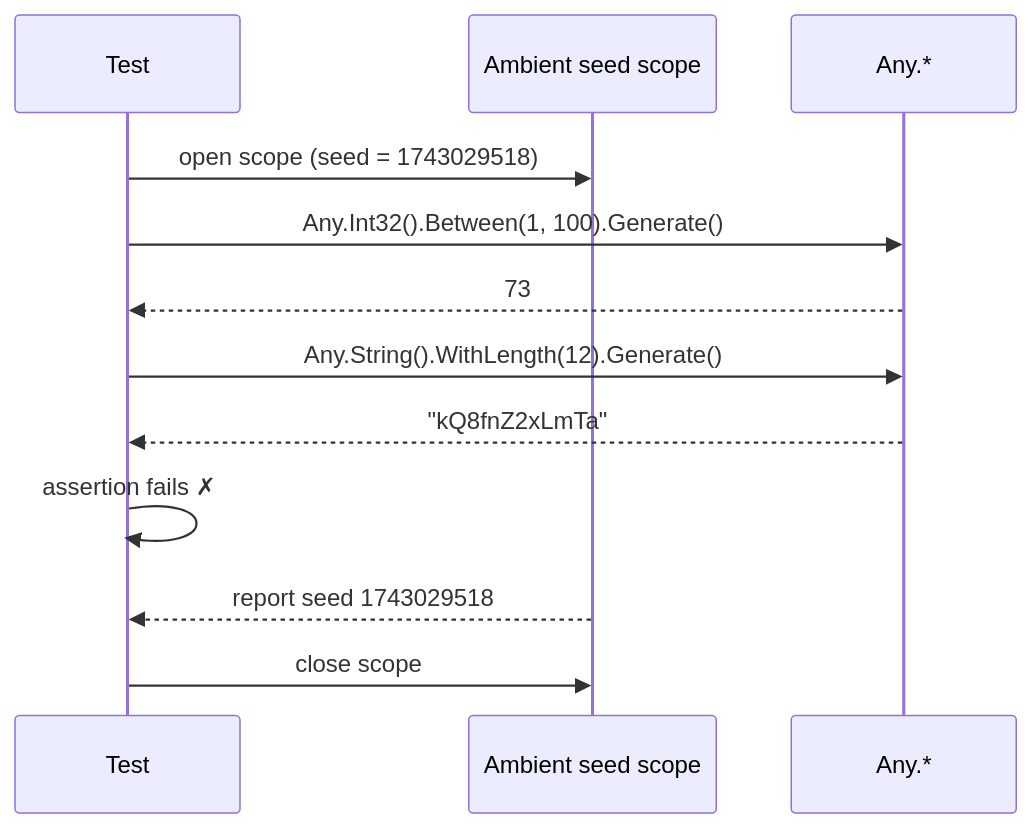
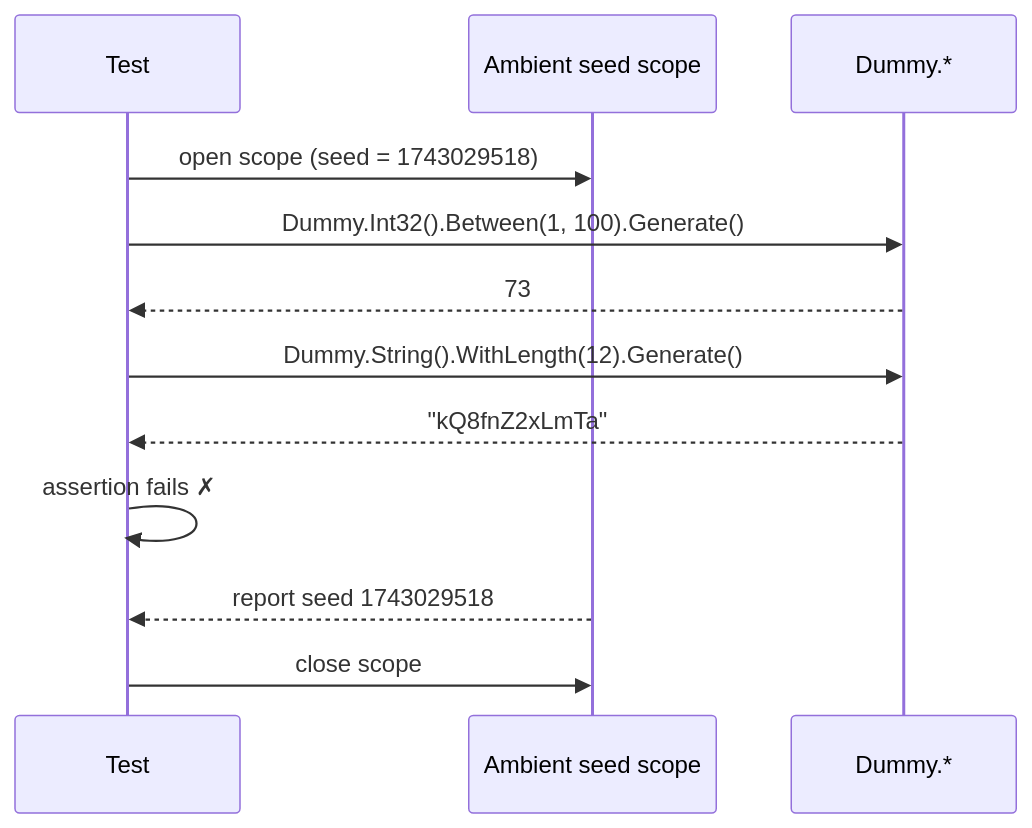
Before and after one commit to Reefact/just-dummies: the first of 2 diagrams in doc/handwritten/for-users/guides/reproducibility.en.md, drawn with Mermaid. The commit also changed other lines of this file and 755 other files, not shown here.

````diff
--- a/doc/handwritten/for-users/guides/reproducibility.en.md
+++ b/doc/handwritten/for-users/guides/reproducibility.en.md
@@ -19,16 +19,16 @@
 ```mermaid
 sequenceDiagram
     accTitle: What an ambient seed scope records during a failing test
-    accDescr: The test opens a scope on seed 1743029518. It asks Any for a bounded int and receives 73, then for a string of twelve characters and receives kQ8fnZ2xLmTa. Its assertion fails, the scope reports seed 1743029518, and the test closes the scope.
+    accDescr: The test opens a scope on seed 1743029518. It asks Dummy for a bounded int and receives 73, then for a string of twelve characters and receives kQ8fnZ2xLmTa. Its assertion fails, the scope reports seed 1743029518, and the test closes the scope.
     participant T as Test
     participant S as Ambient seed scope
-    participant A as Any.*
+    participant A as Dummy.*
     T->>S: open scope (seed = 1743029518)
-    T->>A: Any.Int32().Between(1, 100).Generate()
+    T->>A: Dummy.Int32().Between(1, 100).Generate()
     A-->>T: 73
-    T->>A: Any.String().WithLength(12).Generate()
+    T->>A: Dummy.String().WithLength(12).Generate()
     A-->>T: "kQ8fnZ2xLmTa"
     T->>T: assertion fails ✗
     S-->>T: report seed 1743029518
     T->>S: close scope
 ```
````
